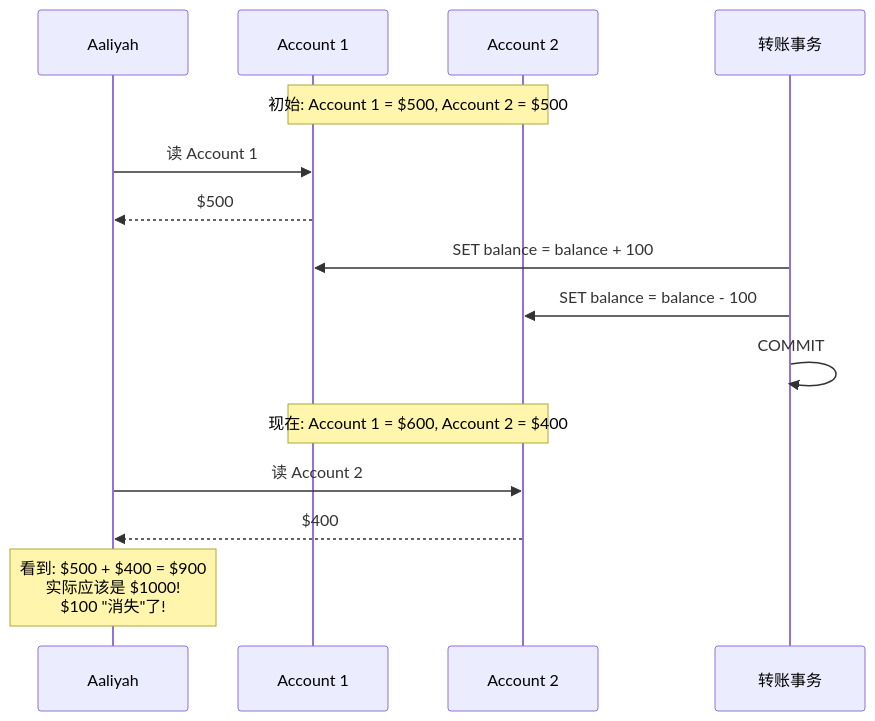
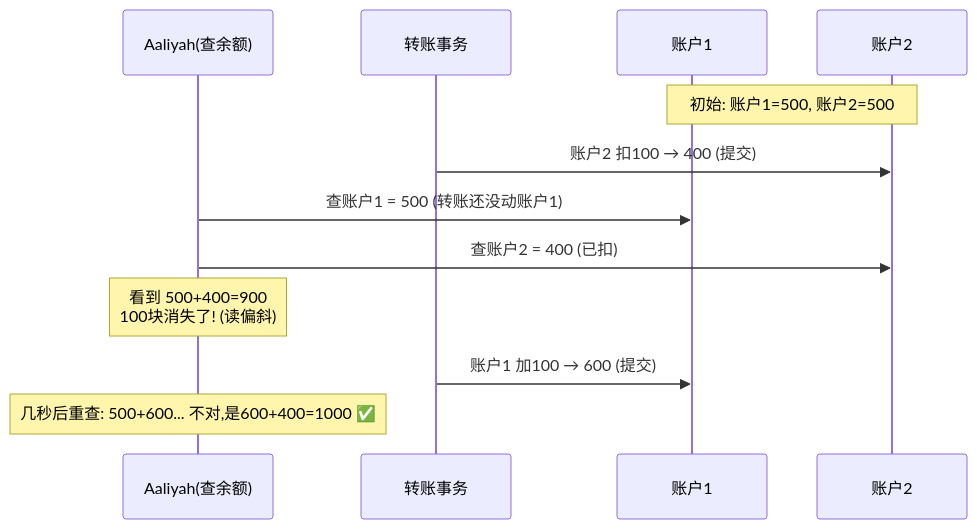
One commit to socoo123/ddia_2nd changed diagram 11 of 40 in ch08-事务.md. Above: the diagram before and after it, drawn with Mermaid. The commit also changed other lines of this file and 8 other files, not shown here.

First line of the commit message:
重写 ch01-ch09 读书笔记：风格统一 + 内容扩充 + 大量图表

````diff
--- a/ch08-事务.md
+++ b/ch08-事务.md
@@ -332,22 +367,14 @@
 ```mermaid
 sequenceDiagram
-    participant Aaliyah
-    participant Acc1 as Account 1
-    participant Acc2 as Account 2
-    participant Transfer as 转账事务
-
-    Note over Acc1,Acc2: 初始: Account 1 = $500, Account 2 = $500
-
-    Aaliyah->>Acc1: 读 Account 1
-    Acc1-->>Aaliyah: $500
-
-    Transfer->>Acc1: SET balance = balance + 100
-    Transfer->>Acc2: SET balance = balance - 100
-    Transfer->>Transfer: COMMIT
-    Note over Acc1,Acc2: 现在: Account 1 = $600, Account 2 = $400
-
-    Aaliyah->>Acc2: 读 Account 2
-    Acc2-->>Aaliyah: $400
-
-    Note over Aaliyah: 看到: $500 + $400 = $900<br/>实际应该是 $1000!<br/>$100 "消失"了!
+    participant A as Aaliyah(查余额)
+    participant T as 转账事务
+    participant A1 as 账户1
+    participant A2 as 账户2
+    Note over A1,A2: 初始: 账户1=500, 账户2=500
+    T->>A2: 账户2 扣100 → 400 (提交)
+    A->>A1: 查账户1 = 500 (转账还没动账户1)
+    A->>A2: 查账户2 = 400 (已扣)
+    Note over A: 看到 500+400=900<br/>100块消失了! (读偏斜)
+    T->>A1: 账户1 加100 → 600 (提交)
+    Note over A: 几秒后重查: 500+600... 不对,是600+400=1000 ✅
 ```
````
